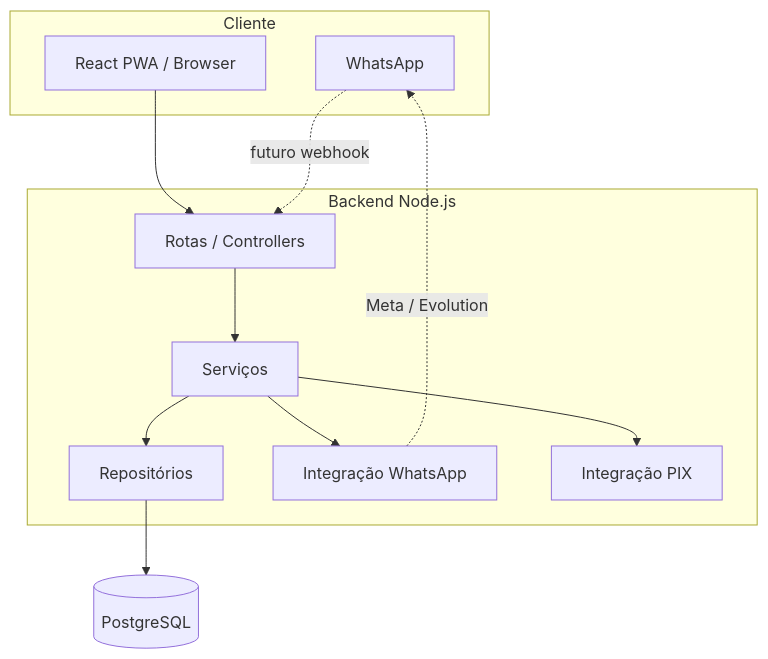
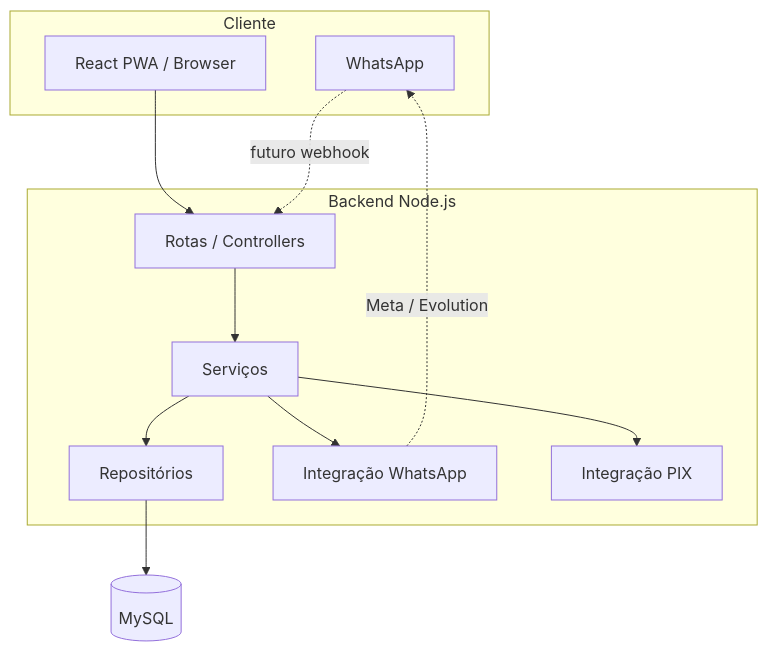
One commit to jander012/App_Premier_Distribuidora changed the first of 3 diagrams in ARCHITECTURE.md. Above: the diagram before and after it, drawn with Mermaid. The commit also changed other lines of this file and 33 other files, not shown here.

First line of the commit message:
refactor: migrate database from PostgreSQL to MySQL, removing old migration files and updating Docker configuration

````diff
--- a/ARCHITECTURE.md
+++ b/ARCHITECTURE.md
@@ -9,23 +9,23 @@
 ```mermaid
 flowchart TB
   subgraph client [Cliente]
     WA[WhatsApp]
     PWA[React PWA / Browser]
   end
   subgraph api [Backend Node.js]
     R[Rotas / Controllers]
     S[Serviços]
     REP[Repositórios]
     WH[Integração WhatsApp]
     PX[Integração PIX]
   end
-  DB[(PostgreSQL)]
+  DB[(MySQL)]
   PWA --> R
   R --> S
   S --> REP
   REP --> DB
   S --> WH
   S --> PX
   WA -. futuro webhook .-> R
   WH -. Meta / Evolution .-> WA
 ```
````
